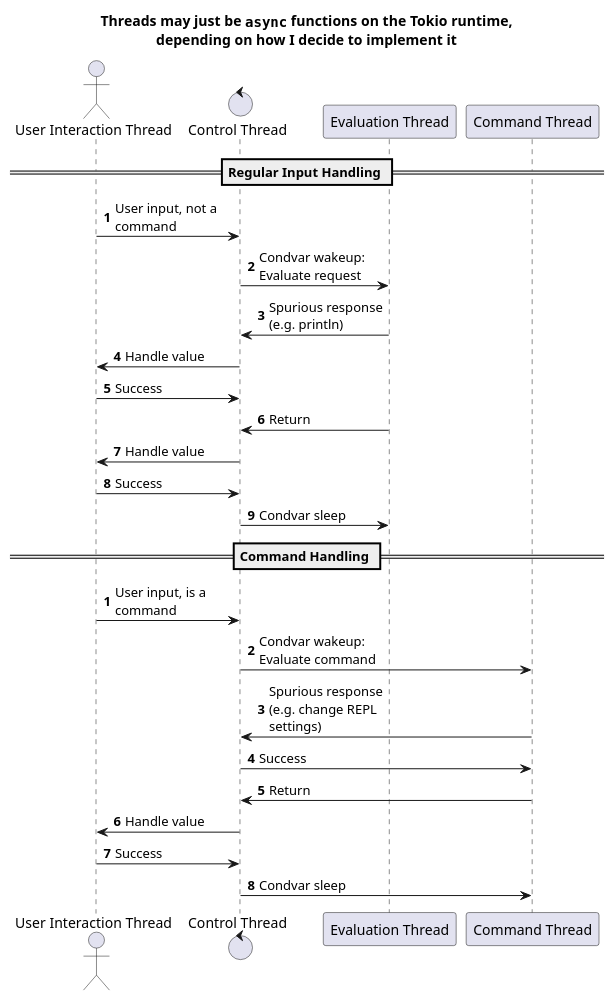
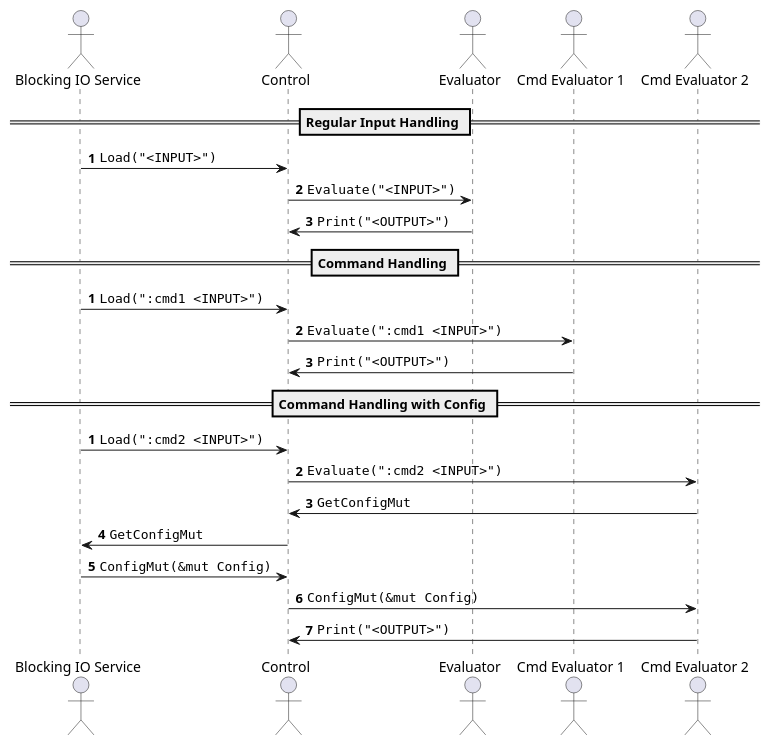
One commit to calypso-lang/assets changed the diagram in diagrams/repl.puml. Above: the diagram before and after it, drawn with PlantUML. The commit also changed 1 other file, not shown here.

Commit message:
Update REPL concurrency diagram to use new actix-based idea

```diff
--- a/diagrams/repl.puml
+++ b/diagrams/repl.puml
@@ -1,46 +1,35 @@
 @startuml repl
-skinparam maxMessageSize 125
+' skinparam maxMessageSize 125
 
-actor       Usr as "User Interaction Thread"
-control     Ctl as "Control Thread"
-participant Evl as "Evaluation Thread"
-participant Cmd as "Command Thread"
-
-title 
-  Threads may just be ""async"" functions on the Tokio runtime,
-  depending on how I decide to implement it
-end title
-
+actor User as "Blocking IO Service"
+actor Ctrl as "Control"
+actor Eval as "Evaluator"
+actor Cmd1 as "Cmd Evaluator 1"
+actor Cmd2 as "Cmd Evaluator 2"
 
 == Regular Input Handling ==
 
 autonumber
-' User input, non-command
-Usr -> Ctl : User input, not a command
-Ctl -> Evl : Condvar wakeup: Evaluate request
-
-Evl -> Ctl : Spurious response (e.g. println)
-Ctl -> Usr : Handle value
-Usr -> Ctl : Success
-
-Evl -> Ctl : Return
-Ctl -> Usr : Handle value
-Usr -> Ctl : Success
-Ctl -> Evl : Condvar sleep
+User -> Ctrl : ""Load("<INPUT>")""
+Ctrl -> Eval : ""Evaluate("<INPUT>")""
+Eval -> Ctrl : ""Print("<OUTPUT>")""
 
 == Command Handling ==
 
 autonumber
-' User input, command
-Usr -> Ctl : User input, is a command
-Ctl -> Cmd : Condvar wakeup: Evaluate command
+User -> Ctrl : ""Load(":cmd1 <INPUT>")""
+Ctrl -> Cmd1 : ""Evaluate(":cmd1 <INPUT>")""
+Cmd1 -> Ctrl : ""Print("<OUTPUT>")""
 
-Cmd -> Ctl : Spurious response (e.g. change REPL settings)
-Ctl -> Cmd : Success
+== Command Handling with Config ==
 
-Cmd -> Ctl : Return
-Ctl -> Usr : Handle value
-Usr -> Ctl : Success
-Ctl -> Cmd : Condvar sleep
+autonumber
+User -> Ctrl : ""Load(":cmd2 <INPUT>")""
+Ctrl -> Cmd2 : ""Evaluate(":cmd2 <INPUT>")""
+Cmd2 -> Ctrl : ""GetConfigMut""
+Ctrl -> User : ""GetConfigMut""
+User -> Ctrl : ""ConfigMut(&mut Config)""
+Ctrl -> Cmd2 : ""ConfigMut(&mut Config)""
+Cmd2 -> Ctrl : ""Print("<OUTPUT>")""
 
 @enduml
```
